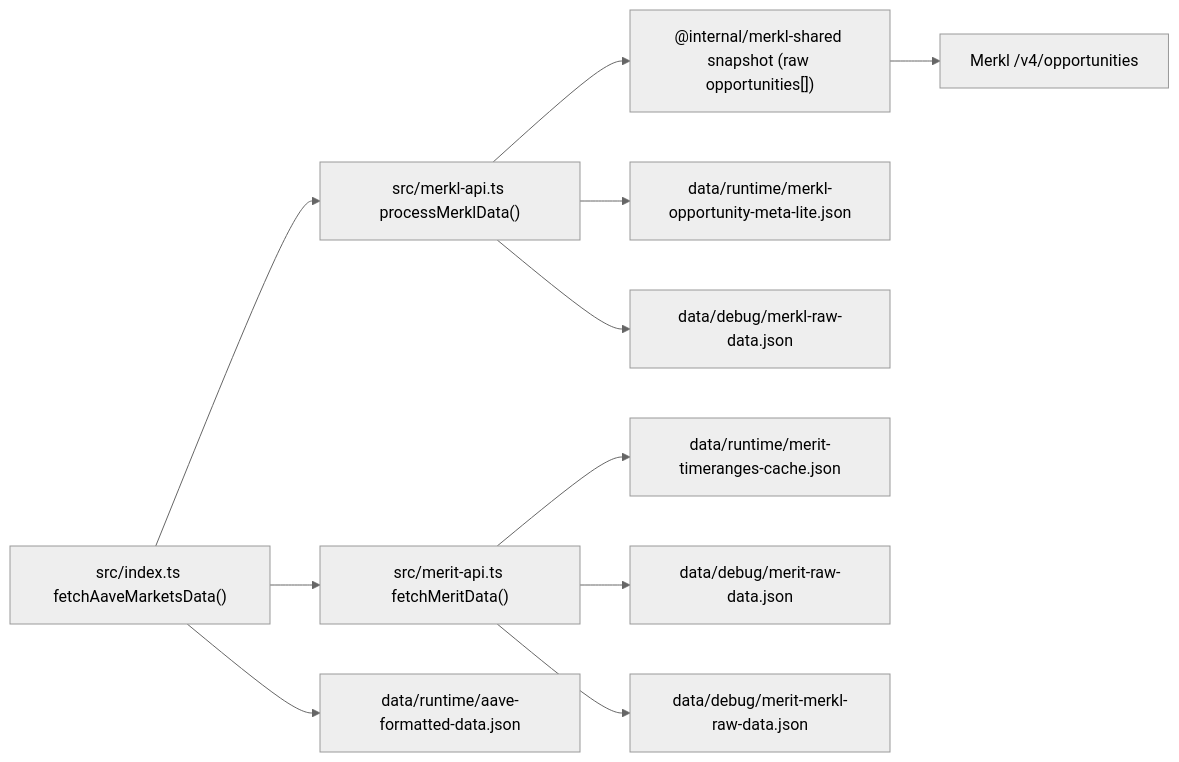
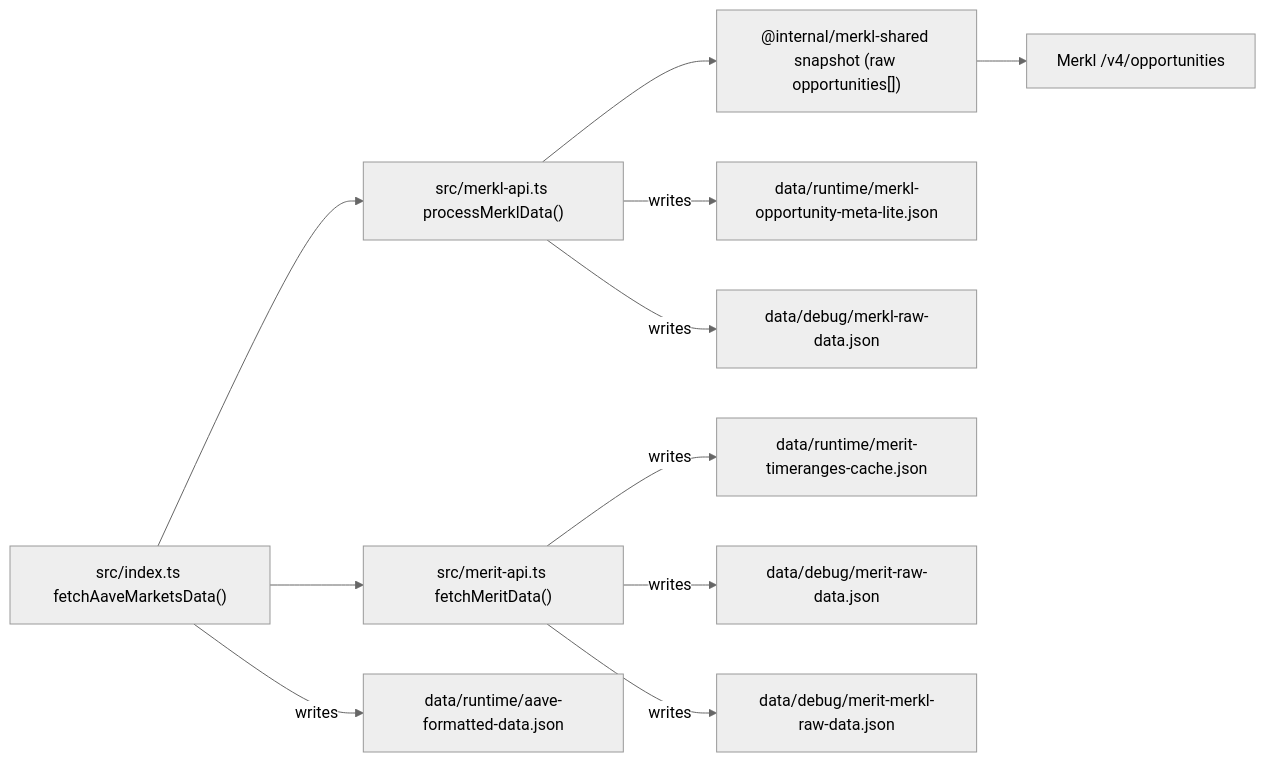
The first of 4 diagrams in docs/merkl-merit-cache-architecture.md (0xPabloLI/aave-protocol-analysis), drawn with Mermaid (neutral theme) before and after one commit. The commit also changed other lines of this file, not shown here.

Commit message:
Add diagram arrow semantics to cache architecture doc

````diff
--- a/docs/merkl-merit-cache-architecture.md
+++ b/docs/merkl-merit-cache-architecture.md
@@ -11,13 +19,13 @@
 ```mermaid
 flowchart LR
   A["src/index.ts fetchAaveMarketsData()"] --> B["src/merkl-api.ts processMerklData()"]
   B --> C["@internal/merkl-shared snapshot (raw opportunities[])"]
   C --> D["Merkl /v4/opportunities"]
-  B --> E["data/runtime/merkl-opportunity-meta-lite.json"]
-  B --> F["data/debug/merkl-raw-data.json"]
+  B -- "writes" --> E["data/runtime/merkl-opportunity-meta-lite.json"]
+  B -- "writes" --> F["data/debug/merkl-raw-data.json"]
   A --> G["src/merit-api.ts fetchMeritData()"]
-  G --> H["data/runtime/merit-timeranges-cache.json"]
-  G --> I["data/debug/merit-raw-data.json"]
-  G --> J["data/debug/merit-merkl-raw-data.json"]
-  A --> K["data/runtime/aave-formatted-data.json"]
+  G -- "writes" --> H["data/runtime/merit-timeranges-cache.json"]
+  G -- "writes" --> I["data/debug/merit-raw-data.json"]
+  G -- "writes" --> J["data/debug/merit-merkl-raw-data.json"]
+  A -- "writes" --> K["data/runtime/aave-formatted-data.json"]
 ```
````
